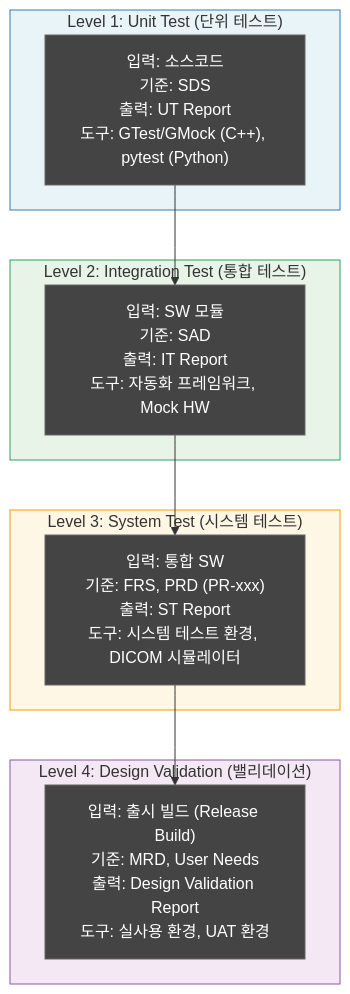
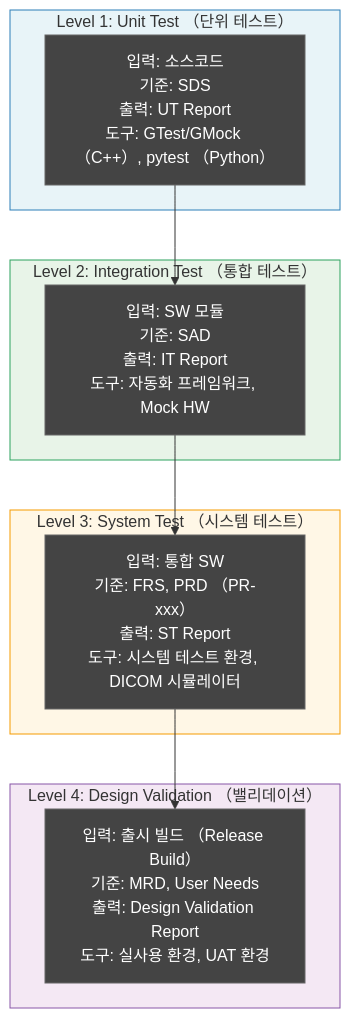
Before and after one commit to holee9/console-gui: the third of 11 diagrams in docs/verification/DOC-011_VV_Master_Plan_v1.0.md, drawn with Mermaid. The commit also changed other lines of this file and 22 other files, not shown here.

First line of the commit message:
fix: Mermaid flowchart 노드 내 괄호 파싱 오류 전면 수정

````diff
--- a/docs/verification/DOC-011_VV_Master_Plan_v1.0.md
+++ b/docs/verification/DOC-011_VV_Master_Plan_v1.0.md
@@ -231,23 +231,23 @@
 ```mermaid
 flowchart TB
     classDef default fill:#444,stroke:#666,color:#fff
-    subgraph L4["Level 4: Design Validation (밸리데이션)"]
-        L4A["입력: 출시 빌드 (Release Build)\n기준: MRD, User Needs\n출력: Design Validation Report\n도구: 실사용 환경, UAT 환경"]
+    subgraph L4["Level 4: Design Validation （밸리데이션）"]
+        L4A["입력: 출시 빌드 （Release Build）\n기준: MRD, User Needs\n출력: Design Validation Report\n도구: 실사용 환경, UAT 환경"]
     end
-    subgraph L3["Level 3: System Test (시스템 테스트)"]
-        L3A["입력: 통합 SW\n기준: FRS, PRD (PR-xxx)\n출력: ST Report\n도구: 시스템 테스트 환경, DICOM 시뮬레이터"]
+    subgraph L3["Level 3: System Test （시스템 테스트）"]
+        L3A["입력: 통합 SW\n기준: FRS, PRD （PR-xxx）\n출력: ST Report\n도구: 시스템 테스트 환경, DICOM 시뮬레이터"]
     end
-    subgraph L2["Level 2: Integration Test (통합 테스트)"]
+    subgraph L2["Level 2: Integration Test （통합 테스트）"]
         L2A["입력: SW 모듈\n기준: SAD\n출력: IT Report\n도구: 자동화 프레임워크, Mock HW"]
     end
-    subgraph L1["Level 1: Unit Test (단위 테스트)"]
-        L1A["입력: 소스코드\n기준: SDS\n출력: UT Report\n도구: GTest/GMock (C++), pytest (Python)"]
+    subgraph L1["Level 1: Unit Test （단위 테스트）"]
+        L1A["입력: 소스코드\n기준: SDS\n출력: UT Report\n도구: GTest/GMock （C++）, pytest （Python）"]
     end
 
     L1A --> L2A --> L3A --> L4A
 
     style L1 fill:#e8f4f8,stroke:#2c7fb8
     style L2 fill:#e8f4e8,stroke:#2ca25f
     style L3 fill:#fff7e6,stroke:#f59b00
     style L4 fill:#f4e8f4,stroke:#8856a7
 ```
````
